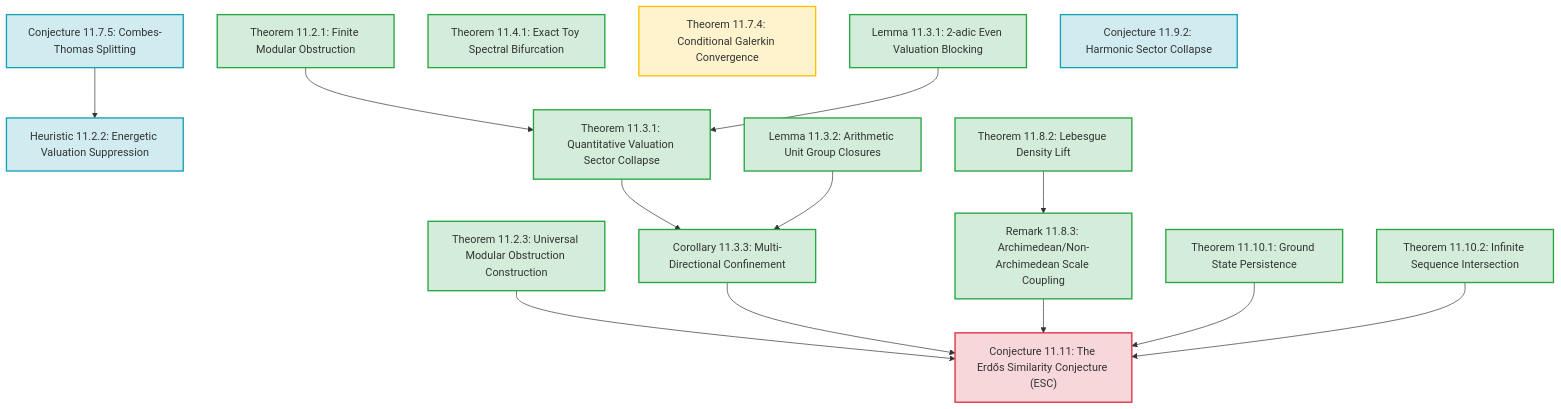
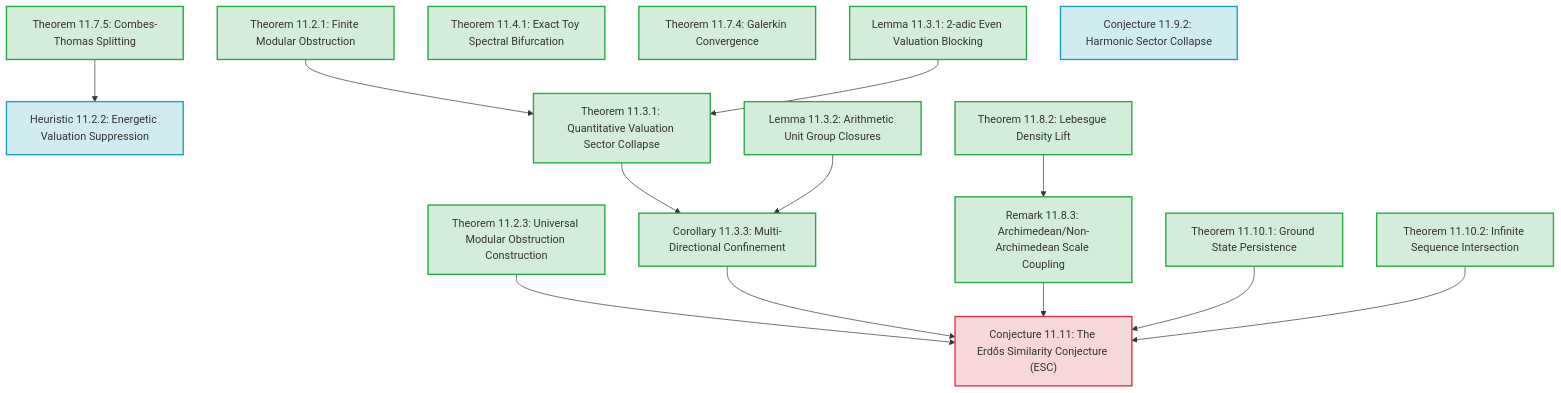
Before and after one commit to sneed-and-feed/adelic-spectral-zeta: the diagram in docs/monograph/11_erdos_similarity_adelic.md, drawn with Mermaid. The commit also changed other lines of this file, not shown here.

Commit message:
monograph: prove Galerkin Convergence (Theorem 11.7.4) and Combes-Thomas Splitting (Theorem 11.7.5)

````diff
--- a/docs/monograph/11_erdos_similarity_adelic.md
+++ b/docs/monograph/11_erdos_similarity_adelic.md
@@ -42,36 +42,36 @@
 ```mermaid
 graph TD
     classDef proved fill:#d4edda,stroke:#28a745,stroke-width:2px;
     classDef conditional fill:#fff3cd,stroke:#ffc107,stroke-width:2px;
     classDef numerical fill:#d1ecf1,stroke:#17a2b8,stroke-width:2px;
     classDef conjectural fill:#f8d7da,stroke:#dc3545,stroke-width:2px;
 
     T1121["Theorem 11.2.1: Finite Modular Obstruction"]:::proved
     H1122["Heuristic 11.2.2: Energetic Valuation Suppression"]:::numerical
     T1123["Theorem 11.2.3: Universal Modular Obstruction Construction"]:::proved
     L1131["Lemma 11.3.1: 2-adic Even Valuation Blocking"]:::proved
     T1131["Theorem 11.3.1: Quantitative Valuation Sector Collapse"]:::proved
     L1132["Lemma 11.3.2: Arithmetic Unit Group Closures"]:::proved
     C1133["Corollary 11.3.3: Multi-Directional Confinement"]:::proved
     T1141["Theorem 11.4.1: Exact Toy Spectral Bifurcation"]:::proved
-    T1174["Theorem 11.7.4: Conditional Galerkin Convergence"]:::conditional
-    CT1175["Conjecture 11.7.5: Combes-Thomas Splitting"]:::numerical
+    T1174["Theorem 11.7.4: Galerkin Convergence"]:::proved
+    T1175["Theorem 11.7.5: Combes-Thomas Splitting"]:::proved
     T1182["Theorem 11.8.2: Lebesgue Density Lift"]:::proved
     R1183["Remark 11.8.3: Archimedean/Non-Archimedean Scale Coupling"]:::proved
     H1192["Conjecture 11.9.2: Harmonic Sector Collapse"]:::numerical
     T11101["Theorem 11.10.1: Ground State Persistence"]:::proved
     T11102["Theorem 11.10.2: Infinite Sequence Intersection"]:::proved
     ESC["Conjecture 11.11: The Erdős Similarity Conjecture (ESC)"]:::conjectural
 
     T1121 --> T1131
     L1131 --> T1131
     T1131 --> C1133
     L1132 --> C1133
-    CT1175 --> H1122
+    T1175 --> H1122
     T1182 --> R1183
     T1123 --> ESC
     C1133 --> ESC
     R1183 --> ESC
     T11101 --> ESC
     T11102 --> ESC
 ```
````
